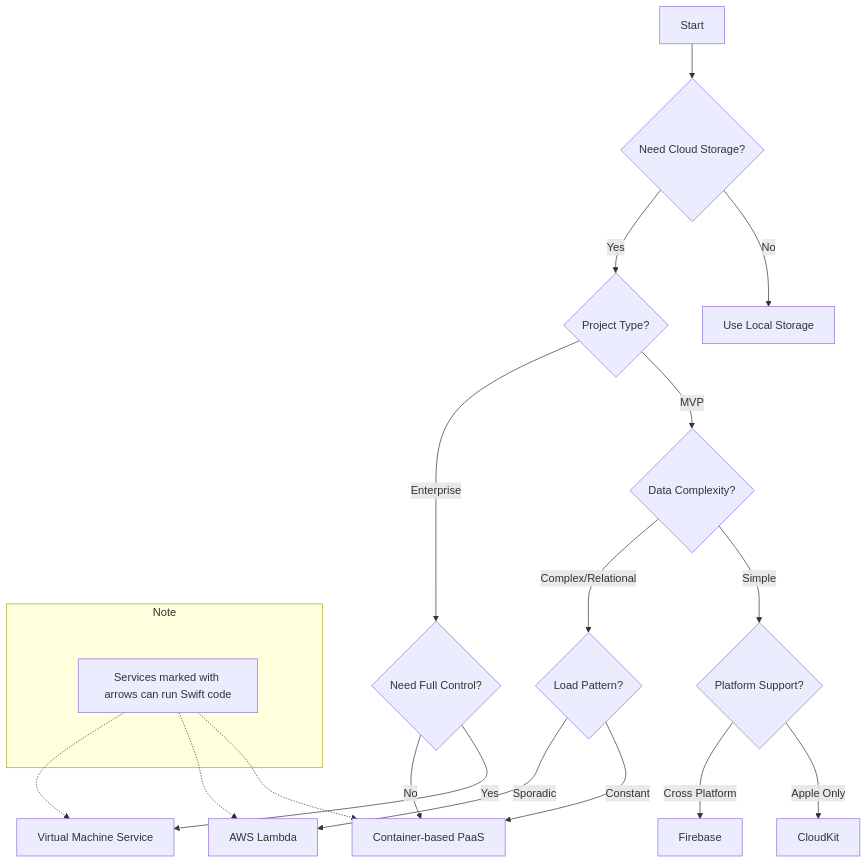
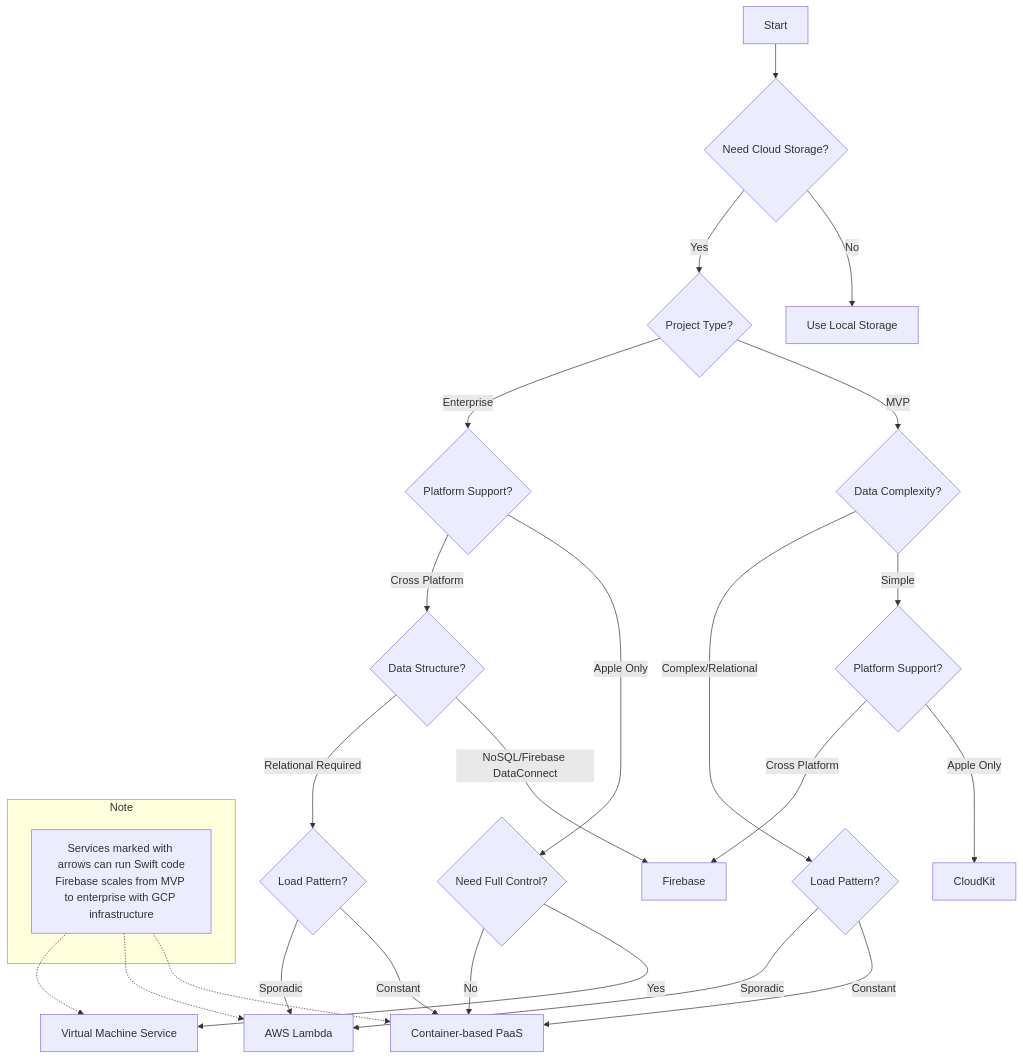
Before and after one commit to brightdigit/iOS-backend-cheat-sheet: the diagram in README.md, drawn with Mermaid. The commit also changed other lines of this file, not shown here.

Commit message:
Update Firebase documentation to reflect enterprise capabilities
Addresses feedback from Peter Friese that Firebase scales from MVP to enterprise with full GCP integration, 24/7 SRE support, and options for relational data via Firebase DataConnect and CloudSQL. Updates decision tree to show Firebase as viable for enterprise cross-platform applications.

Fixes #2

````diff
--- a/README.md
+++ b/README.md
@@ -47,29 +47,38 @@
 ```mermaid
 graph TD
     A[Start] --> B{Need Cloud Storage?}
     B -->|No| C[Use Local Storage]
     B -->|Yes| D{Project Type?}
-    
+
     D -->|MVP| E{Data Complexity?}
-    D -->|Enterprise| F{Need Full Control?}
-    
+    D -->|Enterprise| F{Platform Support?}
+
     E -->|Simple| G{Platform Support?}
     E -->|Complex/Relational| H{Load Pattern?}
-    
+
     G -->|Apple Only| I[CloudKit]
     G -->|Cross Platform| J[Firebase]
-    
-    H -->|Constant| K[Container-based PaaS]
-    H -->|Sporadic| L[AWS Lambda]
-    
-    F -->|Yes| M[Virtual Machine Service]
-    F -->|No| K
+
+    F -->|Apple Only| K{Need Full Control?}
+    F -->|Cross Platform| L{Data Structure?}
+
+    L -->|NoSQL/Firebase DataConnect| J
+    L -->|Relational Required| M{Load Pattern?}
+
+    H -->|Constant| N[Container-based PaaS]
+    H -->|Sporadic| O[AWS Lambda]
+
+    M -->|Constant| N
+    M -->|Sporadic| O
+
+    K -->|Yes| P[Virtual Machine Service]
+    K -->|No| N
 
     subgraph Note
-        Z[Services marked with arrows can run Swift code]
+        Z[Services marked with arrows can run Swift code<br/>Firebase scales from MVP to enterprise with GCP infrastructure]
     end
 
-    Z -.-> K
-    Z -.-> L
-    Z -.-> M
+    Z -.-> N
+    Z -.-> O
+    Z -.-> P
 ```
````
